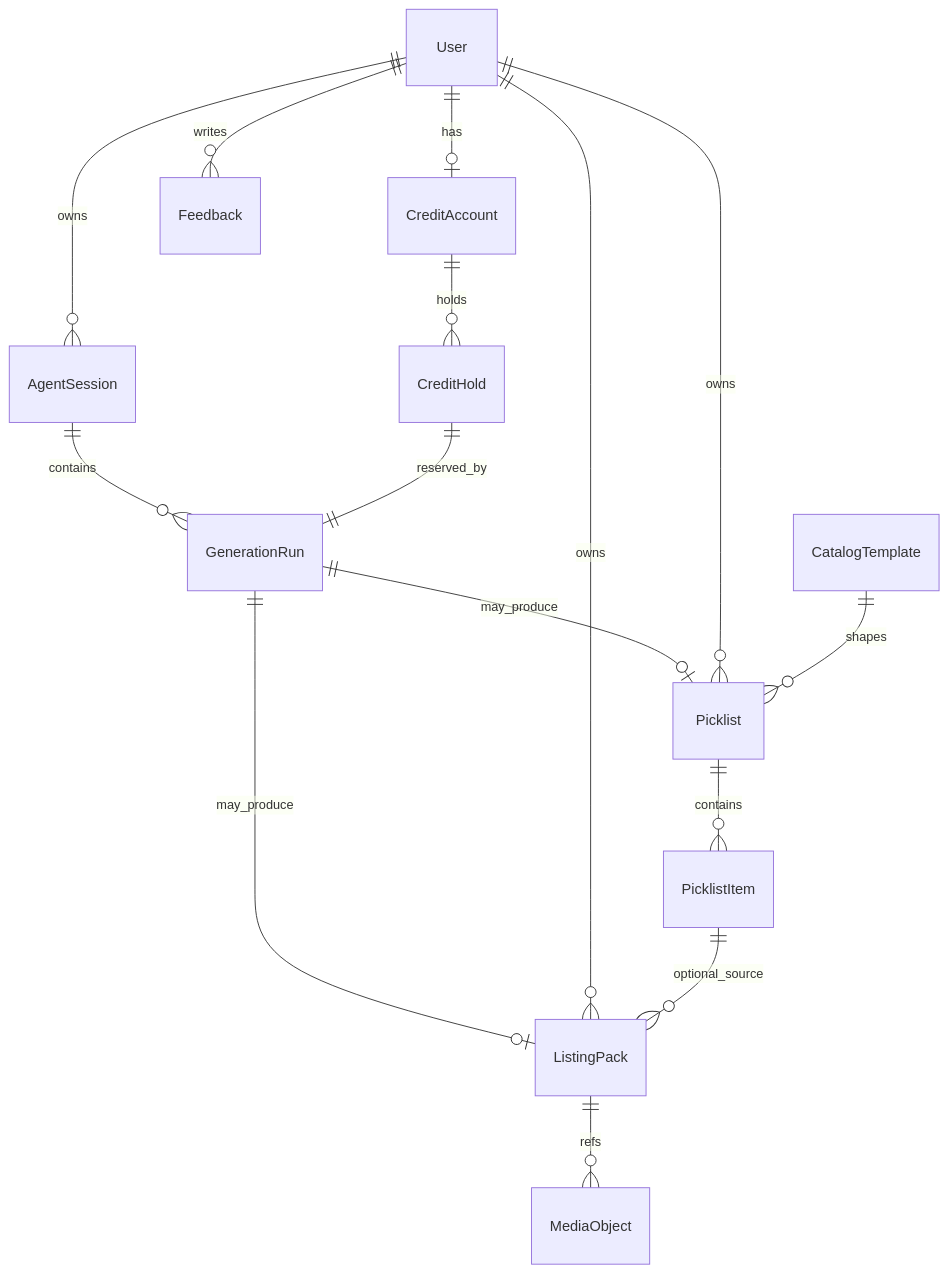
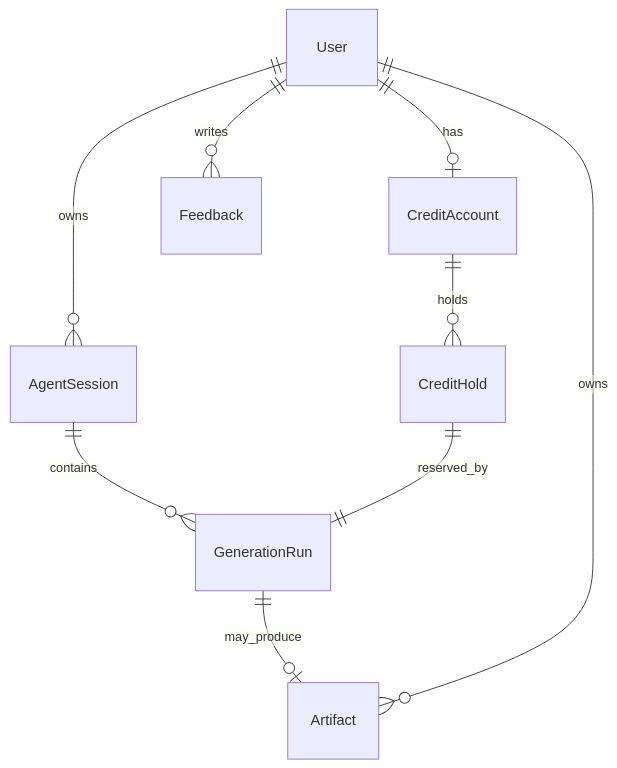
Before and after one commit to xiaoyanwjw/forma: the third of 3 diagrams in sdd/planning-artifacts/architecture/architecture-lippi-ai-ebusiness-2026-09-24/ARCHITECTURE-SPINE.md, drawn with Mermaid. The commit also changed other lines of this file and 3 other files, not shown here.

First line of the commit message:
docs(spine): ArtifactStore owns ebus_artifact persistence

````diff
--- a/sdd/planning-artifacts/architecture/architecture-lippi-ai-ebusiness-2026-09-24/ARCHITECTURE-SPINE.md
+++ b/sdd/planning-artifacts/architecture/architecture-lippi-ai-ebusiness-2026-09-24/ARCHITECTURE-SPINE.md
@@ -261,17 +262,11 @@
 ```mermaid
 erDiagram
   User ||--o| CreditAccount : has
   CreditAccount ||--o{ CreditHold : holds
   User ||--o{ AgentSession : owns
   AgentSession ||--o{ GenerationRun : contains
   CreditHold ||--|| GenerationRun : reserved_by
-  GenerationRun ||--o| Picklist : may_produce
-  GenerationRun ||--o| ListingPack : may_produce
-  User ||--o{ Picklist : owns
-  User ||--o{ ListingPack : owns
+  GenerationRun ||--o| Artifact : may_produce
+  User ||--o{ Artifact : owns
   User ||--o{ Feedback : writes
-  CatalogTemplate ||--o{ Picklist : shapes
-  Picklist ||--o{ PicklistItem : contains
-  PicklistItem ||--o{ ListingPack : optional_source
-  ListingPack ||--o{ MediaObject : refs
 ```
````
